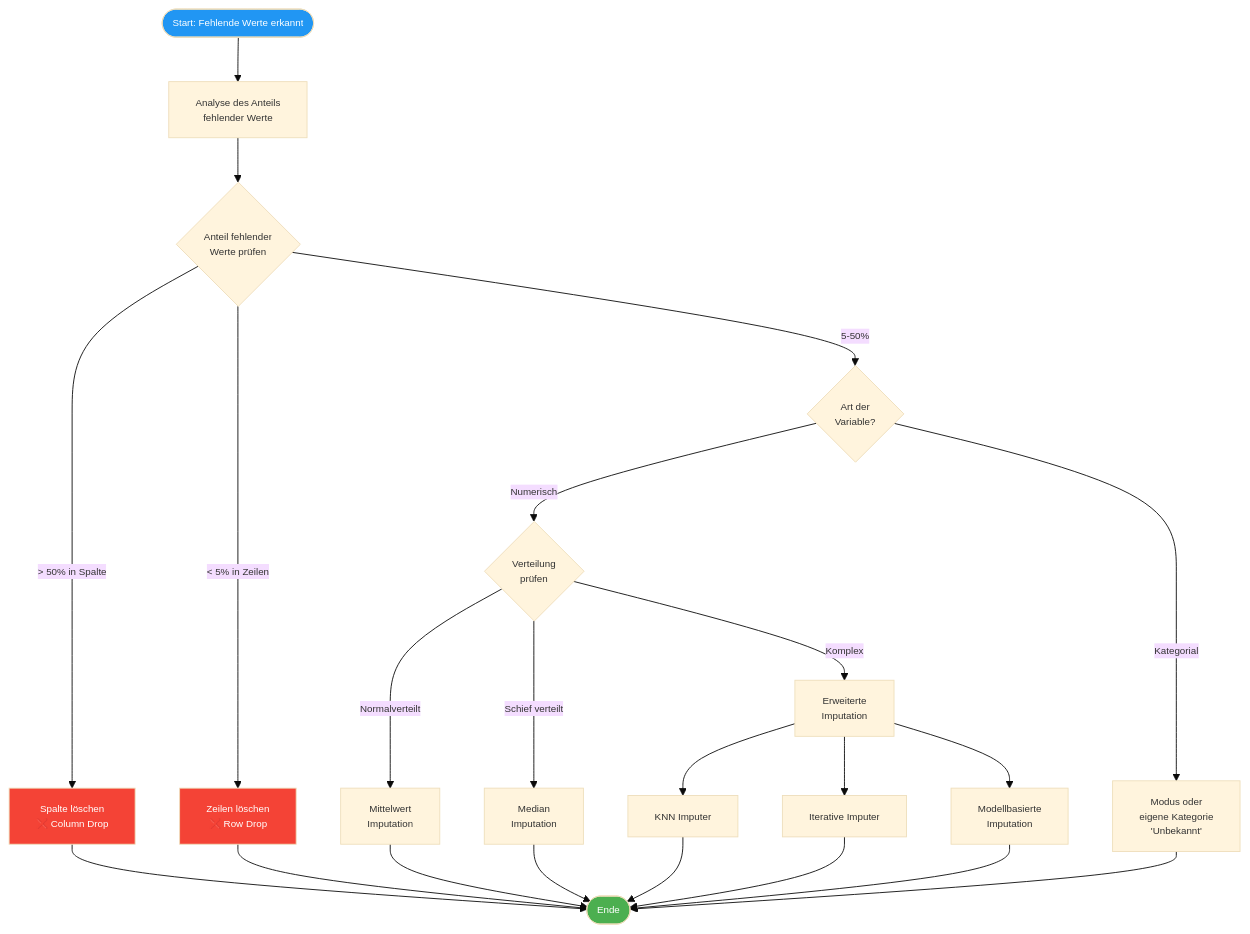
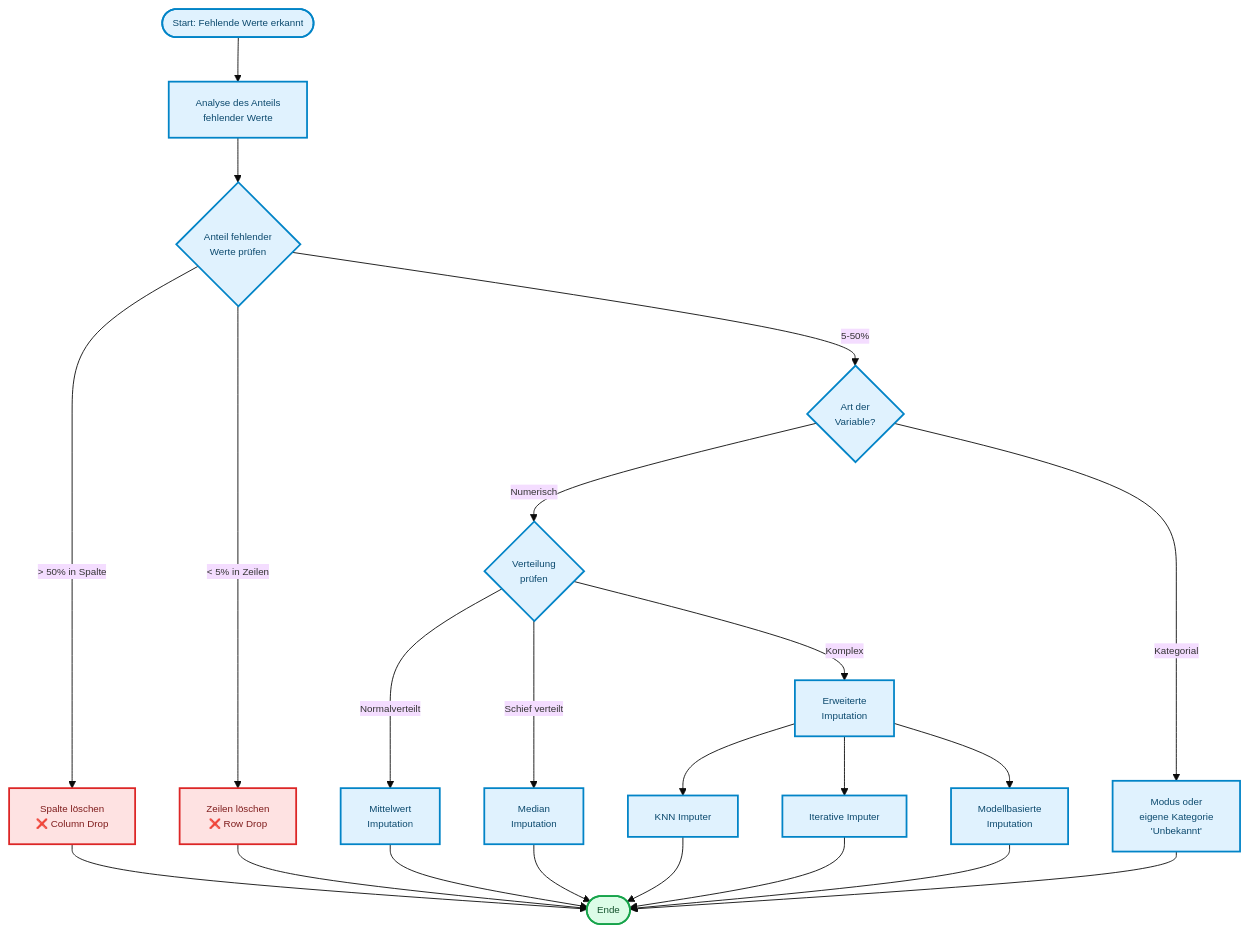
Before and after one commit to ralf-42/ML_Intro: the first of 4 diagrams in docs/concepts/prepare/missing_values.md, drawn with Mermaid. The commit also changed other lines of this file and 67 other files, not shown here.

````diff
--- a/docs/concepts/prepare/missing_values.md
+++ b/docs/concepts/prepare/missing_values.md
@@ -33,36 +33,37 @@
 ```mermaid
 %%{init: {'theme': 'base', 'themeVariables': {'fontSize': '11px'}}}%%
 flowchart TD
     start([Start: Fehlende Werte erkannt]) --> analyse["Analyse des Anteils<br/>fehlender Werte"]
     
     analyse --> check_percent{Anteil fehlender<br/>Werte prüfen}
     
     check_percent -->|"> 50% in Spalte"| drop_col["Spalte löschen<br/>❌ Column Drop"]
     check_percent -->|"< 5% in Zeilen"| drop_row["Zeilen löschen<br/>❌ Row Drop"]
     check_percent -->|"5-50%"| impute_decision{"Art der<br/>Variable?"}
     
     impute_decision -->|"Numerisch"| num_methods{"Verteilung<br/>prüfen"}
     impute_decision -->|"Kategorial"| cat_methods["Modus oder<br/>eigene Kategorie<br/>'Unbekannt'"]
     
     num_methods -->|"Normalverteilt"| mean_imp["Mittelwert<br/>Imputation"]
     num_methods -->|"Schief verteilt"| median_imp["Median<br/>Imputation"]
     num_methods -->|"Komplex"| advanced["Erweiterte<br/>Imputation"]
     
     advanced --> knn["KNN Imputer"]
     advanced --> iterative["Iterative Imputer"]
     advanced --> model["Modellbasierte<br/>Imputation"]
     
     drop_col --> end_node([Ende])
     drop_row --> end_node
     mean_imp --> end_node
     median_imp --> end_node
     cat_methods --> end_node
     knn --> end_node
     iterative --> end_node
     model --> end_node
 
-    style start fill:#2196F3,color:#fff
-    style end_node fill:#4CAF50,color:#fff
-    style drop_col fill:#f44336,color:#fff
-    style drop_row fill:#f44336,color:#fff
+classDef default fill:#e0f2fe,stroke:#0284c7,stroke-width:2px,color:#0c4a6e;
+classDef output fill:#dcfce7,stroke:#16a34a,stroke-width:2px,color:#14532d;
+classDef stop fill:#fee2e2,stroke:#dc2626,stroke-width:2px,color:#7f1d1d;
+class end_node output;
+class drop_col,drop_row stop;
 ```
````
